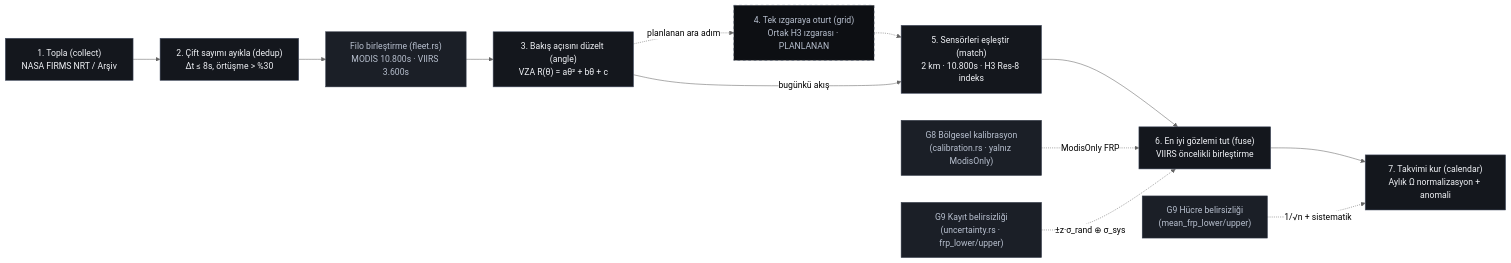
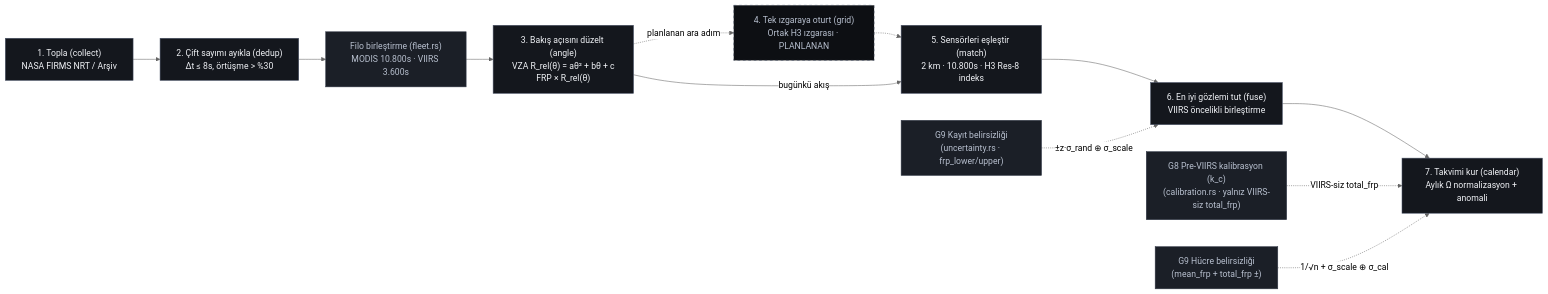
The diagram in docs/TASARIM_METHODS.md (TeamMagi/SpaceApps2026-MODIS-VIIRS), drawn with Mermaid (neutral theme) before and after one commit. The commit also changed other lines of this file and 2 other files, not shown here.

Commit message:
[C5-C7] Sync the design docs with the reworked VZA, calibration and uncertainty code

````diff
--- a/docs/TASARIM_METHODS.md
+++ b/docs/TASARIM_METHODS.md
@@ -62,25 +64,25 @@
 ```mermaid
 flowchart LR
     classDef applied fill:#14171d,stroke:#495266,color:#f1f3f7
     classDef planned fill:#0d0f13,stroke:#495266,stroke-dasharray: 5 5,color:#b8c0cf
     classDef module fill:#1b1f27,stroke:#313846,color:#b8c0cf
 
     S1["1. Topla (collect)<br/>NASA FIRMS NRT / Arşiv"]:::applied
     S2["2. Çift sayımı ayıkla (dedup)<br/>Δt ≤ 8s, örtüşme &gt; %30"]:::applied
     F["Filo birleştirme (fleet.rs)<br/>MODIS 10.800s · VIIRS 3.600s"]:::module
-    S3["3. Bakış açısını düzelt (angle)<br/>VZA R(θ) = aθ² + bθ + c"]:::applied
+    S3["3. Bakış açısını düzelt (angle)<br/>VZA R_rel(θ) = aθ² + bθ + c<br/>FRP × R_rel(θ)"]:::applied
     S4["4. Tek ızgaraya oturt (grid)<br/>Ortak H3 ızgarası · PLANLANAN"]:::planned
     S5["5. Sensörleri eşleştir (match)<br/>2 km · 10.800s · H3 Res-8 indeks"]:::applied
     S6["6. En iyi gözlemi tut (fuse)<br/>VIIRS öncelikli birleştirme"]:::applied
-    G8["G8 Bölgesel kalibrasyon<br/>(calibration.rs · yalnız ModisOnly)"]:::module
     G9a["G9 Kayıt belirsizliği<br/>(uncertainty.rs · frp_lower/upper)"]:::module
     S7["7. Takvimi kur (calendar)<br/>Aylık Ω normalizasyon + anomali"]:::applied
-    G9b["G9 Hücre belirsizliği<br/>(mean_frp_lower/upper)"]:::module
+    G8["G8 Pre-VIIRS kalibrasyon (k_c)<br/>(calibration.rs · yalnız VIIRS-siz total_frp)"]:::module
+    G9b["G9 Hücre belirsizliği<br/>(mean_frp + total_frp ±)"]:::module
 
     S1 --> S2 --> F --> S3
     S3 -. "planlanan ara adım" .-> S4 -.-> S5
     S3 -->|"bugünkü akış"| S5 --> S6 --> S7
-    G8 -. "ModisOnly FRP" .-> S6
-    G9a -. "±z·σ_rand ⊕ σ_sys" .-> S6
-    G9b -. "1/√n + sistematik" .-> S7
+    G9a -. "±z·σ_rand ⊕ σ_scale" .-> S6
+    G8 -. "VIIRS-siz total_frp" .-> S7
+    G9b -. "1/√n + σ_scale ⊕ σ_cal" .-> S7
 ```
````
